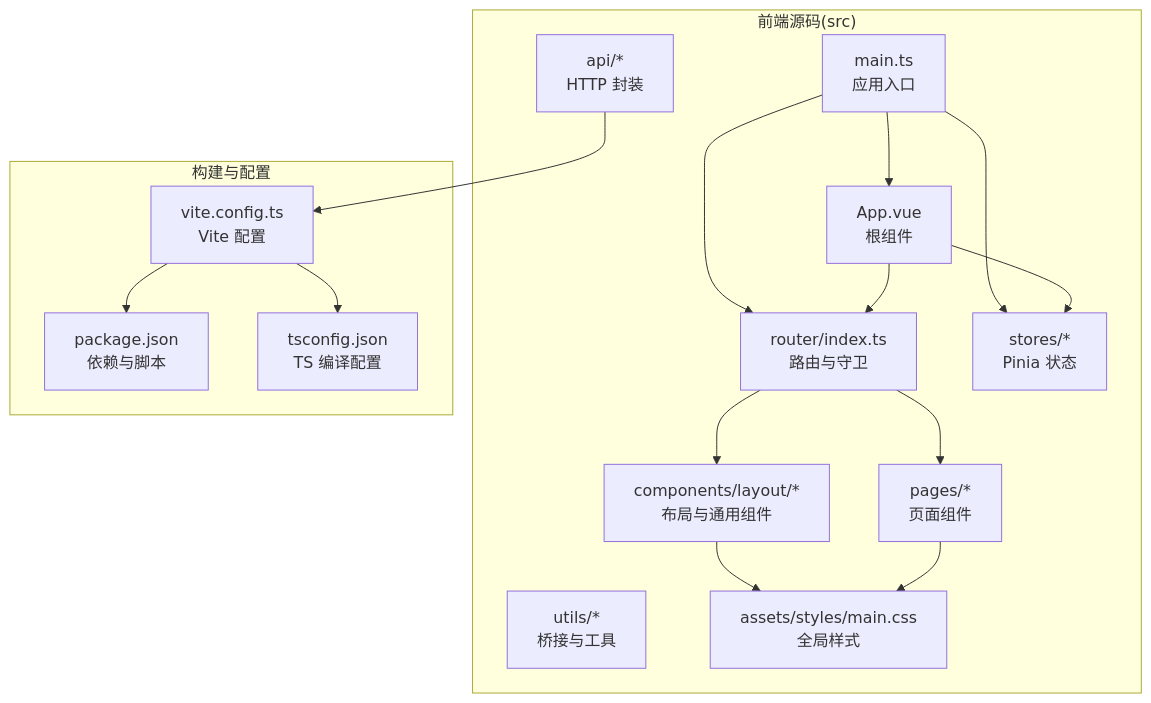
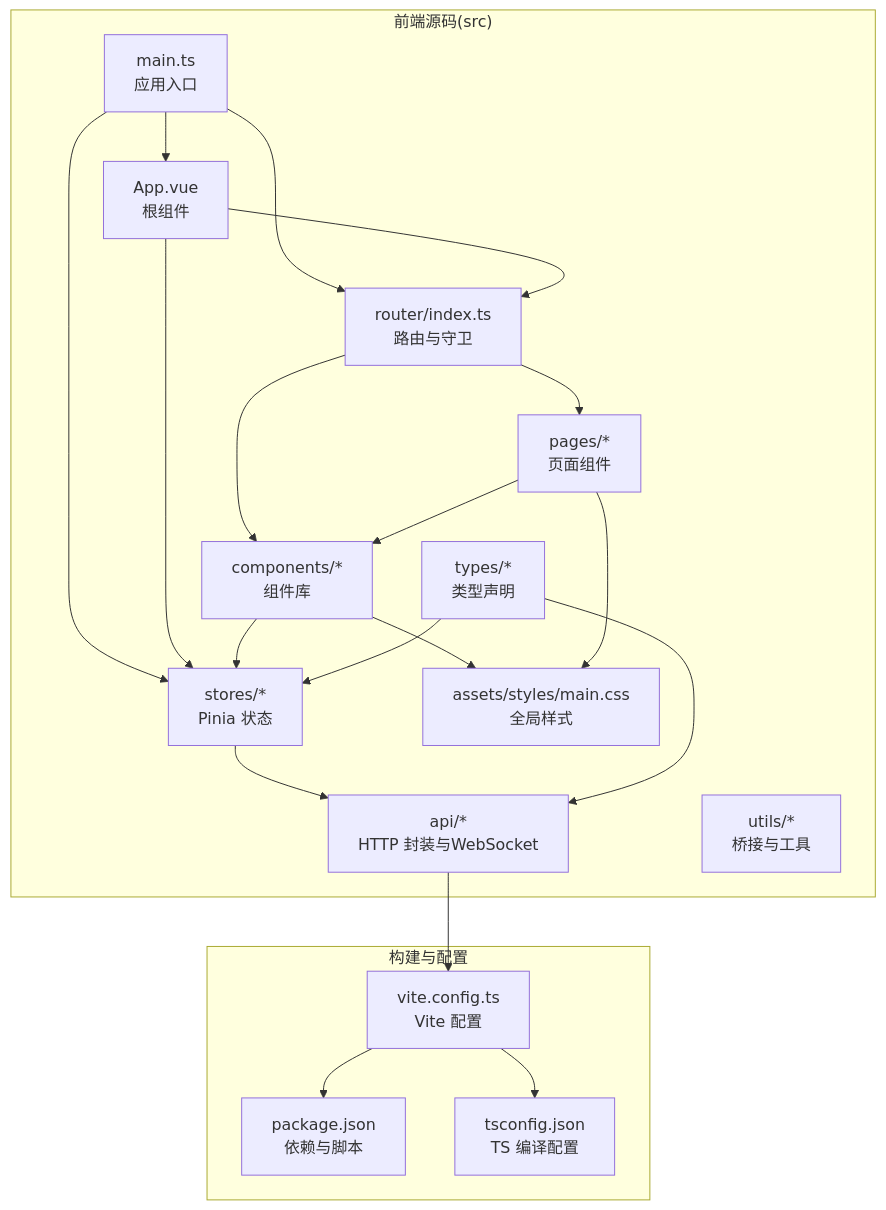
One commit to onebody/ccclubs_AI_RPA changed the first of 11 diagrams in .qoder/repowiki/zh/content/前端管理界面/应用架构设计.md. Above: the diagram before and after it, drawn with Mermaid. The commit also changed other lines of this file and 50 other files, not shown here.

````diff
--- a/.qoder/repowiki/zh/content/前端管理界面/应用架构设计.md
+++ b/.qoder/repowiki/zh/content/前端管理界面/应用架构设计.md
@@ -50,31 +58,37 @@
 ```mermaid
 graph TB
 subgraph "前端源码(src)"
 A_main["main.ts<br/>应用入口"]
 A_app["App.vue<br/>根组件"]
 A_router["router/index.ts<br/>路由与守卫"]
 A_stores["stores/*<br/>Pinia 状态"]
-A_components["components/layout/*<br/>布局与通用组件"]
+A_components["components/*<br/>组件库"]
 A_pages["pages/*<br/>页面组件"]
-A_api["api/*<br/>HTTP 封装"]
+A_api["api/*<br/>HTTP 封装与WebSocket"]
 A_utils["utils/*<br/>桥接与工具"]
+A_types["types/*<br/>类型声明"]
 A_styles["assets/styles/main.css<br/>全局样式"]
 end
 subgraph "构建与配置"
 V_conf["vite.config.ts<br/>Vite 配置"]
 P_json["package.json<br/>依赖与脚本"]
 T_json["tsconfig.json<br/>TS 编译配置"]
 end
 A_main --> A_app
 A_main --> A_router
 A_main --> A_stores
 A_app --> A_router
 A_app --> A_stores
 A_router --> A_pages
 A_router --> A_components
 A_components --> A_styles
 A_pages --> A_styles
+A_pages --> A_components
 A_api --> V_conf
+A_stores --> A_api
+A_components --> A_stores
+A_types --> A_api
+A_types --> A_stores
 V_conf --> P_json
 V_conf --> T_json
 ```
````
